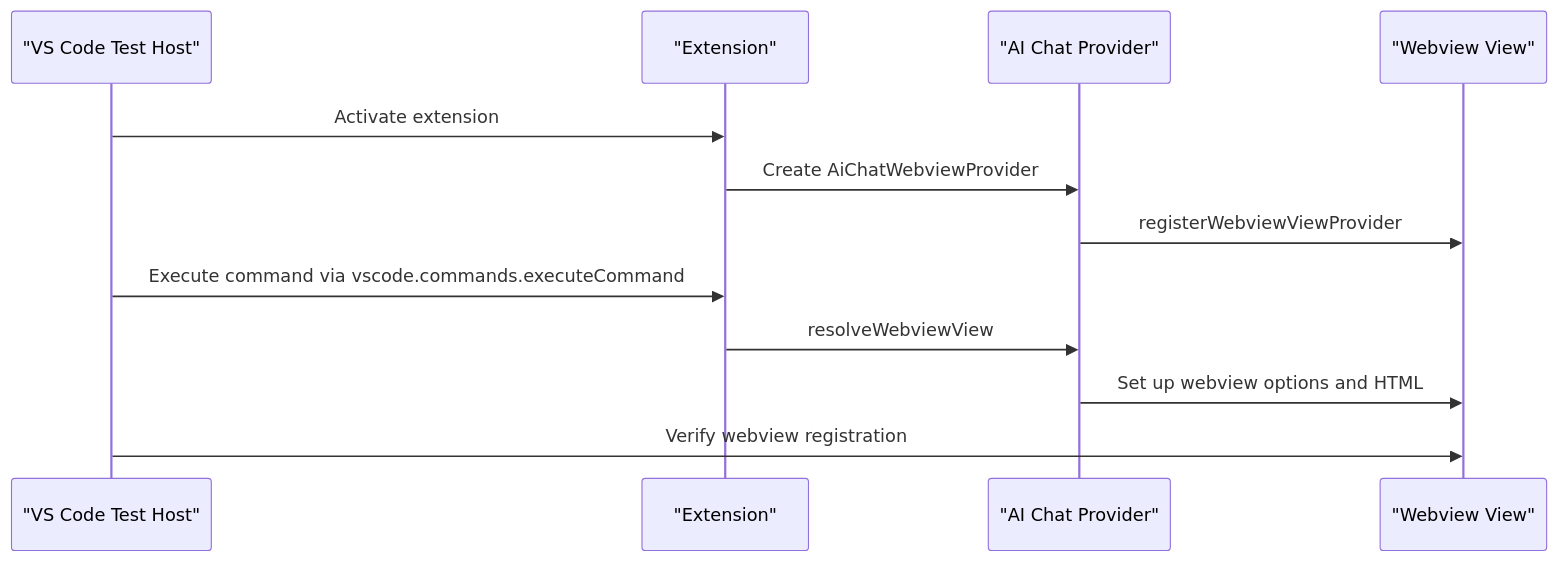
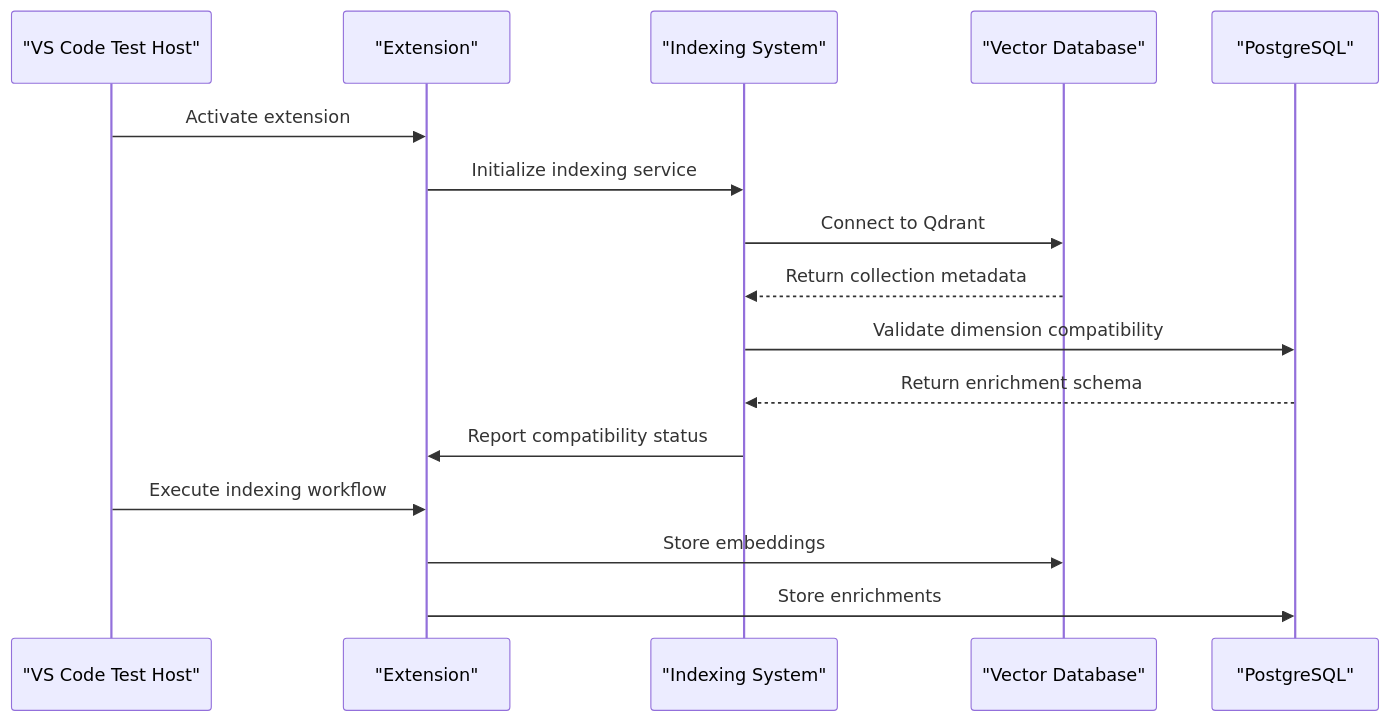
The second of 20 diagrams in .qoder/repowiki/en/content/Testing Framework/Testing Framework.md (bramburn/repomix-runner), drawn with Mermaid before and after one commit. The commit also changed other lines of this file and 41 other files, not shown here.

First line of the commit message:
feat(config): implement auto-generated Qdrant collection names and streamline settings

````diff
--- a/.qoder/repowiki/en/content/Testing Framework/Testing Framework.md
+++ b/.qoder/repowiki/en/content/Testing Framework/Testing Framework.md
@@ -165,14 +154,18 @@
 ```mermaid
 sequenceDiagram
 participant VS as "VS Code Test Host"
 participant EXT as "Extension"
-participant AC as "AI Chat Provider"
-participant WV as "Webview View"
+participant IDX as "Indexing System"
+participant VDB as "Vector Database"
+participant DB as "PostgreSQL"
 VS->>EXT : Activate extension
-EXT->>AC : Create AiChatWebviewProvider
-AC->>WV : registerWebviewViewProvider
-VS->>EXT : Execute command via vscode.commands.executeCommand
-EXT->>AC : resolveWebviewView
-AC->>WV : Set up webview options and HTML
-VS->>WV : Verify webview registration
+EXT->>IDX : Initialize indexing service
+IDX->>VDB : Connect to Qdrant
+VDB-->>IDX : Return collection metadata
+IDX->>DB : Validate dimension compatibility
+DB-->>IDX : Return enrichment schema
+IDX->>EXT : Report compatibility status
+VS->>EXT : Execute indexing workflow
+EXT->>VDB : Store embeddings
+EXT->>DB : Store enrichments
 ```
````
